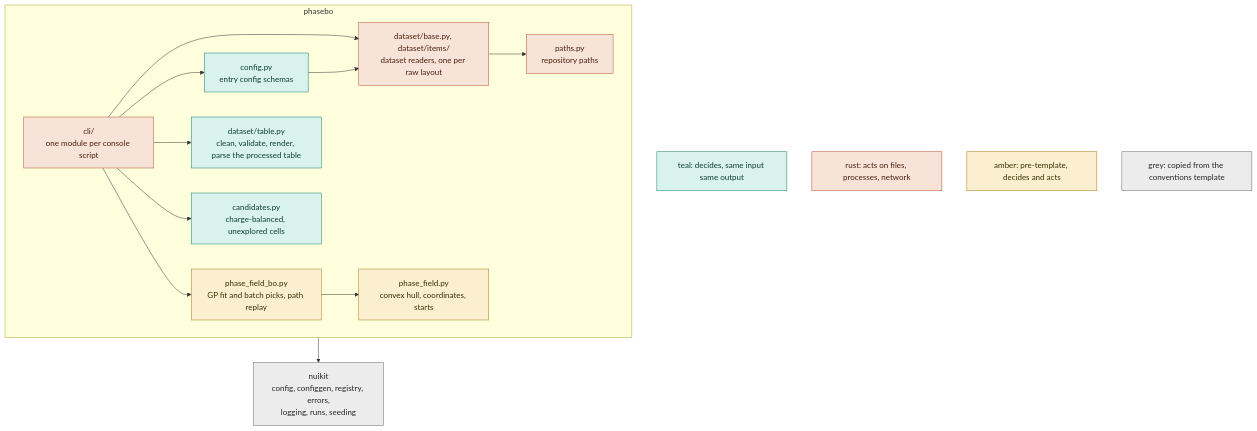
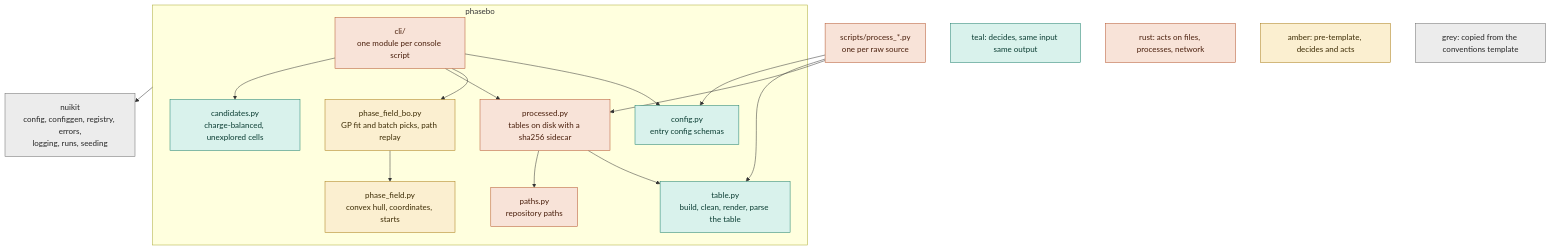
One commit to nuinashco/PhaseBO changed the first of 2 diagrams in CONTRIBUTING.md. Above: the diagram before and after it, drawn with Mermaid. The commit also changed other lines of this file and 39 other files, not shown here.

Commit message:
refactor(data): move raw formats into one script per source

````diff
--- a/CONTRIBUTING.md
+++ b/CONTRIBUTING.md
@@ -9,31 +9,34 @@
 ```mermaid
 flowchart TD
+    scripts["scripts/process_*.py<br/>one per raw source"]:::side
     subgraph project["phasebo"]
         cli["cli/<br/>one module per console script"]:::side
         config["config.py<br/>entry config schemas"]:::pure
         bo["phase_field_bo.py<br/>GP fit and batch picks, path replay"]:::legacy
         field["phase_field.py<br/>convex hull, coordinates, starts"]:::legacy
-        readers["dataset/base.py, dataset/items/<br/>dataset readers, one per raw layout"]:::side
-        table["dataset/table.py<br/>clean, validate, render, parse the processed table"]:::pure
+        processed["processed.py<br/>tables on disk with a sha256 sidecar"]:::side
+        table["table.py<br/>build, clean, render, parse the table"]:::pure
         candidates["candidates.py<br/>charge-balanced, unexplored cells"]:::pure
         paths["paths.py<br/>repository paths"]:::side
         cli --> config
         cli --> bo
-        cli --> table
-        cli --> readers
+        cli --> processed
         cli --> candidates
-        config --> readers
         bo --> field
-        readers --> paths
+        processed --> table
+        processed --> paths
     end
+    scripts --> processed
+    scripts --> table
+    scripts --> config
     nuikit["nuikit<br/>config, configgen, registry, errors,<br/>logging, runs, seeding"]:::kit
     project --> nuikit
     pure["teal: decides, same input same output"]:::pure
     side["rust: acts on files, processes, network"]:::side
     legacy["amber: pre-template, decides and acts"]:::legacy
     kit["grey: copied from the conventions template"]:::kit
     classDef pure fill:#d9f2ec,stroke:#1b7f6b,color:#0b3d33
     classDef side fill:#f8e3d8,stroke:#b4532a,color:#4a1f0c
     classDef legacy fill:#fbefd0,stroke:#a77a12,color:#3d2c05
     classDef kit fill:#ececec,stroke:#6b6b6b,color:#262626
 ```
````
